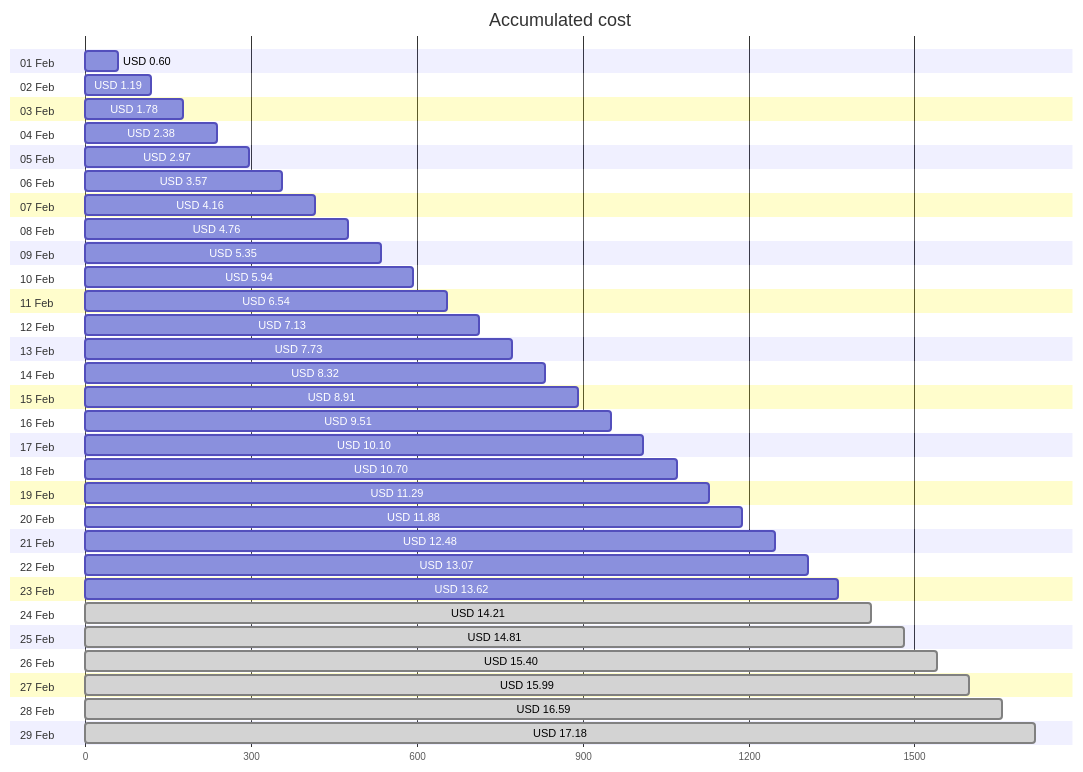
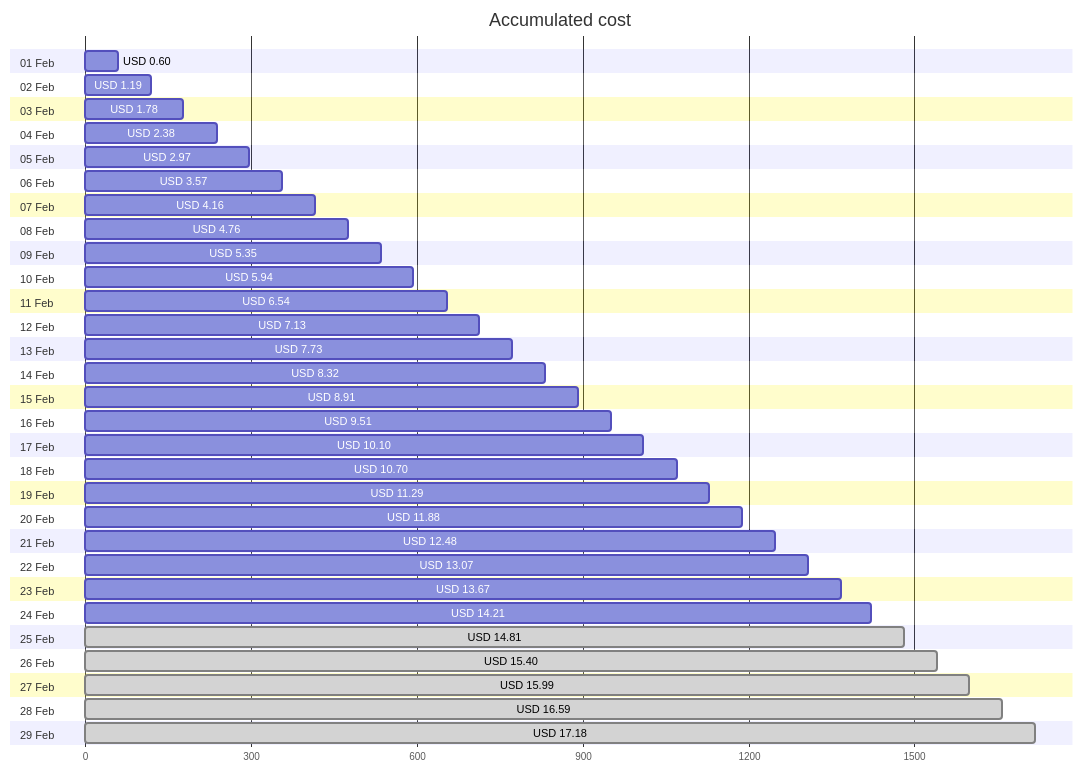
The first of 4 diagrams in cost-reports/personal-site/README.md (jpfulton/azure-personal-reports), drawn with Mermaid before and after one commit. The commit also changed other lines of this file and 6 other files, not shown here.

````diff
--- a/cost-reports/personal-site/README.md
+++ b/cost-reports/personal-site/README.md
@@ -20,64 +20,64 @@
 ```mermaid
 gantt
    title Accumulated cost
    dateFormat  X
    axisFormat %s
    section 01 Feb
    USD 0.60 :0, 60
    section 02 Feb
    USD 1.19 :0, 119
    section 03 Feb
    USD 1.78 :0, 178
    section 04 Feb
    USD 2.38 :0, 238
    section 05 Feb
    USD 2.97 :0, 297
    section 06 Feb
    USD 3.57 :0, 357
    section 07 Feb
    USD 4.16 :0, 416
    section 08 Feb
    USD 4.76 :0, 476
    section 09 Feb
    USD 5.35 :0, 535
    section 10 Feb
    USD 5.94 :0, 594
    section 11 Feb
    USD 6.54 :0, 654
    section 12 Feb
    USD 7.13 :0, 713
    section 13 Feb
    USD 7.73 :0, 773
    section 14 Feb
    USD 8.32 :0, 832
    section 15 Feb
    USD 8.91 :0, 891
    section 16 Feb
    USD 9.51 :0, 951
    section 17 Feb
    USD 10.10 :0, 1010
    section 18 Feb
    USD 10.70 :0, 1070
    section 19 Feb
    USD 11.29 :0, 1129
    section 20 Feb
    USD 11.88 :0, 1188
    section 21 Feb
    USD 12.48 :0, 1248
    section 22 Feb
    USD 13.07 :0, 1307
    section 23 Feb
-   USD 13.62 :0, 1362
+   USD 13.67 :0, 1367
    section 24 Feb
-   USD 14.21 : done, 0, 1421
+   USD 14.21 :0, 1421
    section 25 Feb
    USD 14.81 : done, 0, 1481
    section 26 Feb
    USD 15.40 : done, 0, 1540
    section 27 Feb
    USD 15.99 : done, 0, 1599
    section 28 Feb
    USD 16.59 : done, 0, 1659
    section 29 Feb
    USD 17.18 : done, 0, 1718
 ```
````
